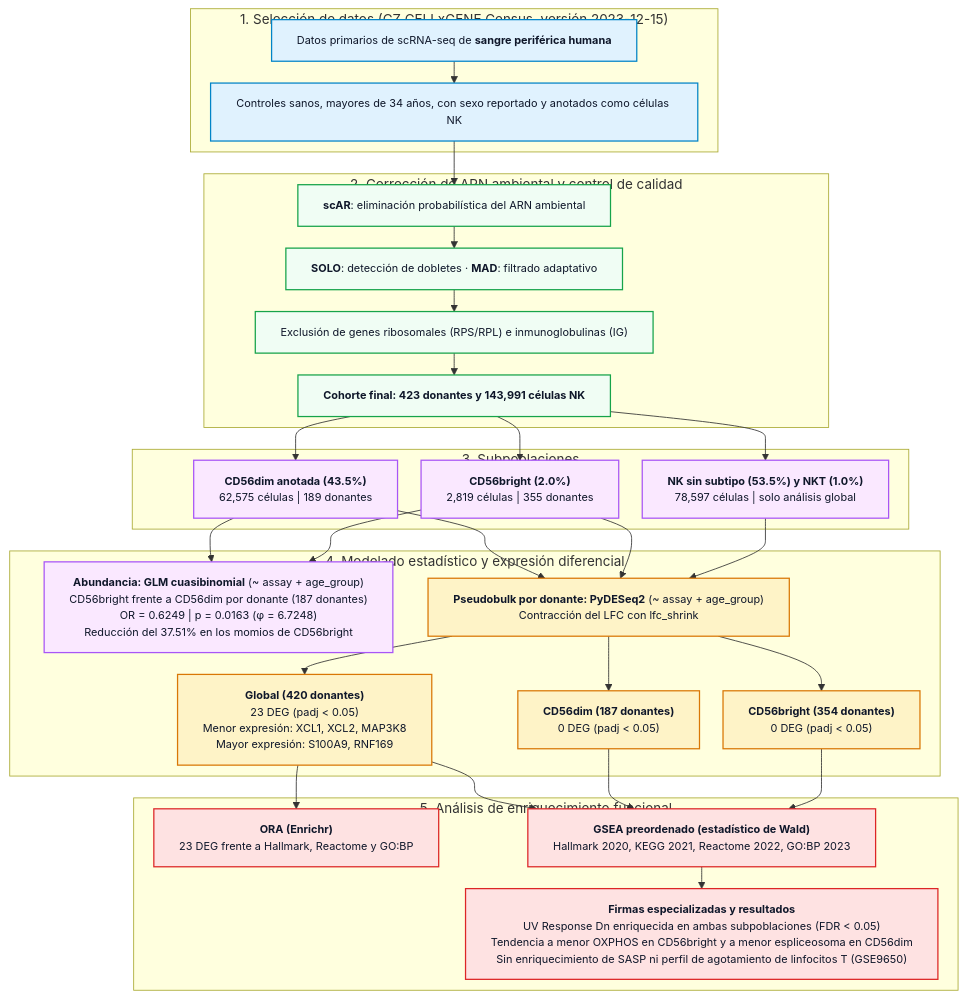
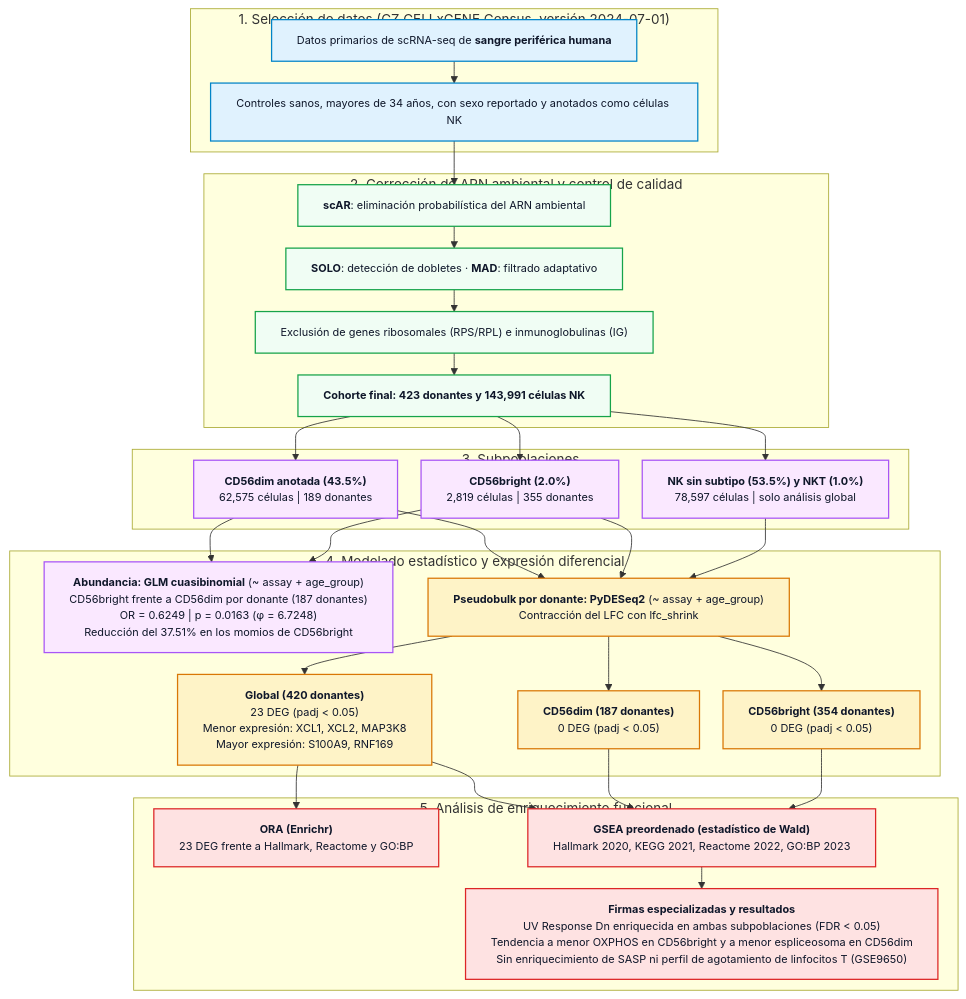
The diagram in docs/figura2_flujo_metodologico.mmd (Alfred3005/NK_main_branch), drawn with Mermaid before and after one commit. The commit also changed 8 other files, not shown here.

First line of the commit message:
revision: Metodología de scAR, versión del Census y análisis de sensibilidad

```diff
--- a/docs/figura2_flujo_metodologico.mmd
+++ b/docs/figura2_flujo_metodologico.mmd
@@ -1,39 +1,39 @@
 %%{init: {"flowchart": {"wrappingWidth": 520, "nodeSpacing": 28, "rankSpacing": 26}}}%%
 graph TD
     %% Estilos de Nodos y Clases
     classDef procurement fill:#e0f2fe,stroke:#0284c7,stroke-width:1.5px,color:#0f172a,font-size:13px;
     classDef preprocessing fill:#f0fdf4,stroke:#16a34a,stroke-width:1.5px,color:#0f172a,font-size:13px;
     classDef pseudobulk fill:#fef3c7,stroke:#d97706,stroke-width:1.5px,color:#0f172a,font-size:13px;
     classDef abundance fill:#fae8ff,stroke:#a855f7,stroke-width:1.5px,color:#0f172a,font-size:13px;
     classDef functional fill:#fee2e2,stroke:#dc2626,stroke-width:1.5px,color:#0f172a,font-size:13px;
 
-    subgraph SEC1 ["1. Selección de datos (CZ CELLxGENE Census, versión 2023-12-15)"]
+    subgraph SEC1 ["1. Selección de datos (CZ CELLxGENE Census, versión 2024-07-01)"]
         A0["Datos primarios de scRNA-seq de <b>sangre periférica humana</b>"]:::procurement --> A["Controles sanos, mayores de 34 años, con sexo reportado y anotados como células NK"]:::procurement
     end
 
     subgraph SEC2 ["2. Corrección de ARN ambiental y control de calidad"]
         A --> E["<b>scAR</b>: eliminación probabilística del ARN ambiental"]:::preprocessing
         E --> F["<b>SOLO</b>: detección de dobletes · <b>MAD</b>: filtrado adaptativo"]:::preprocessing
         F --> G["Exclusión de genes ribosomales (RPS/RPL) e inmunoglobulinas (IG)"]:::preprocessing
         G --> H["<b>Cohorte final: 423 donantes y 143,991 células NK</b>"]:::preprocessing
     end
 
     subgraph SEC3 ["3. Subpoblaciones"]
         H --> I["<b>CD56dim anotada (43.5%)</b><br>62,575 células | 189 donantes"]:::abundance
         H --> J["<b>CD56bright (2.0%)</b><br>2,819 células | 355 donantes"]:::abundance
         H --> X["<b>NK sin subtipo (53.5%) y NKT (1.0%)</b><br>78,597 células | solo análisis global"]:::abundance
     end
 
     subgraph SEC4 ["4. Modelado estadístico y expresión diferencial"]
         I & J --> K["<b>Abundancia: GLM cuasibinomial</b> (~ assay + age_group)<br>CD56bright frente a CD56dim por donante (187 donantes)<br>OR = 0.6249 | p = 0.0163 (φ = 6.7248)<br>Reducción del 37.51% en los momios de CD56bright"]:::abundance
         I & J & X --> L["<b>Pseudobulk por donante: PyDESeq2</b> (~ assay + age_group)<br>Contracción del LFC con lfc_shrink"]:::pseudobulk
         L --> M["<b>Global (420 donantes)</b><br>23 DEG (padj < 0.05)<br>Menor expresión: XCL1, XCL2, MAP3K8<br>Mayor expresión: S100A9, RNF169"]:::pseudobulk
         L --> N["<b>CD56dim (187 donantes)</b><br>0 DEG (padj < 0.05)"]:::pseudobulk
         L --> O["<b>CD56bright (354 donantes)</b><br>0 DEG (padj < 0.05)"]:::pseudobulk
     end
 
     subgraph SEC5 ["5. Análisis de enriquecimiento funcional"]
         M --> P["<b>ORA (Enrichr)</b><br>23 DEG frente a Hallmark, Reactome y GO:BP"]:::functional
         M & N & O --> Q["<b>GSEA preordenado (estadístico de Wald)</b><br>Hallmark 2020, KEGG 2021, Reactome 2022, GO:BP 2023"]:::functional
         Q --> R["<b>Firmas especializadas y resultados</b><br>UV Response Dn enriquecida en ambas subpoblaciones (FDR < 0.05)<br>Tendencia a menor OXPHOS en CD56bright y a menor espliceosoma en CD56dim<br>Sin enriquecimiento de SASP ni perfil de agotamiento de linfocitos T (GSE9650)"]:::functional
     end
```
